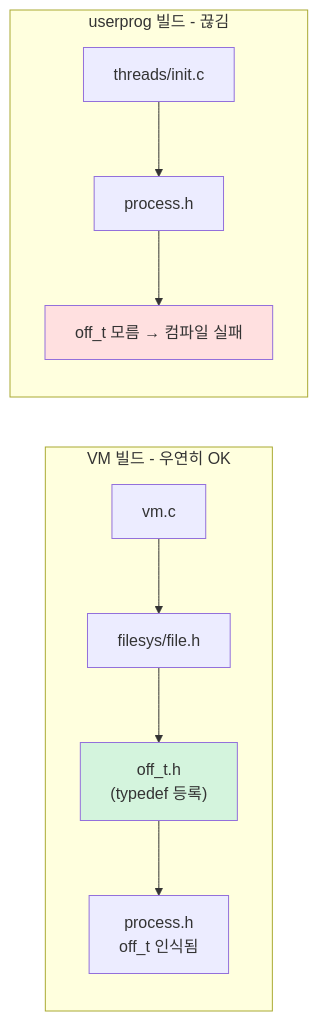
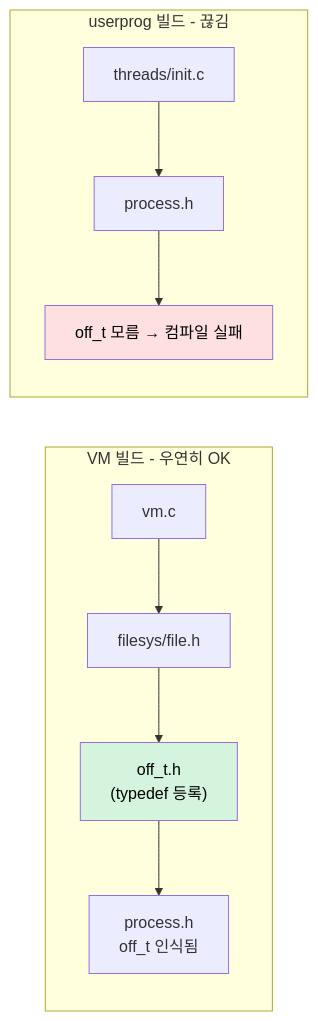
One commit to JYPark-Code/SW-AI-W1112-Pintos changed the second of 7 diagrams in TIL/project3_vm_userprog_regression_til.md. Above: the diagram before and after it, drawn with Mermaid. The commit also changed other lines of this file, not shown here.

First line of the commit message:
docs(TIL): mermaid 박스의 글씨 색을 검은색으로 고정

````diff
--- a/TIL/project3_vm_userprog_regression_til.md
+++ b/TIL/project3_vm_userprog_regression_til.md
@@ -82,14 +82,14 @@
 ```mermaid
 flowchart LR
     subgraph VM 빌드 - 우연히 OK
         A1[vm.c] --> A2[filesys/file.h]
         A2 --> A3["off_t.h<br/>(typedef 등록)"]
         A3 --> A4[process.h<br/>off_t 인식됨]
     end
     subgraph userprog 빌드 - 끊김
         B1[threads/init.c] --> B2[process.h]
         B2 --> B3["off_t 모름 → 컴파일 실패"]
     end
-    style A3 fill:#d4f4dd
-    style B3 fill:#ffe0e0
+    style A3 fill:#d4f4dd,color:#000
+    style B3 fill:#ffe0e0,color:#000
 ```
````
